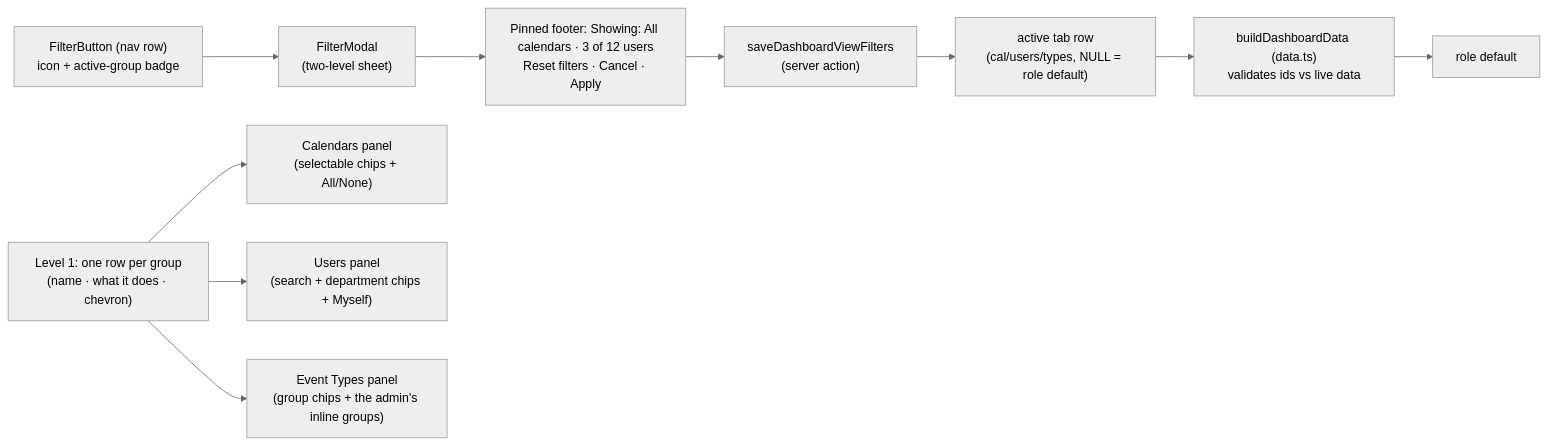
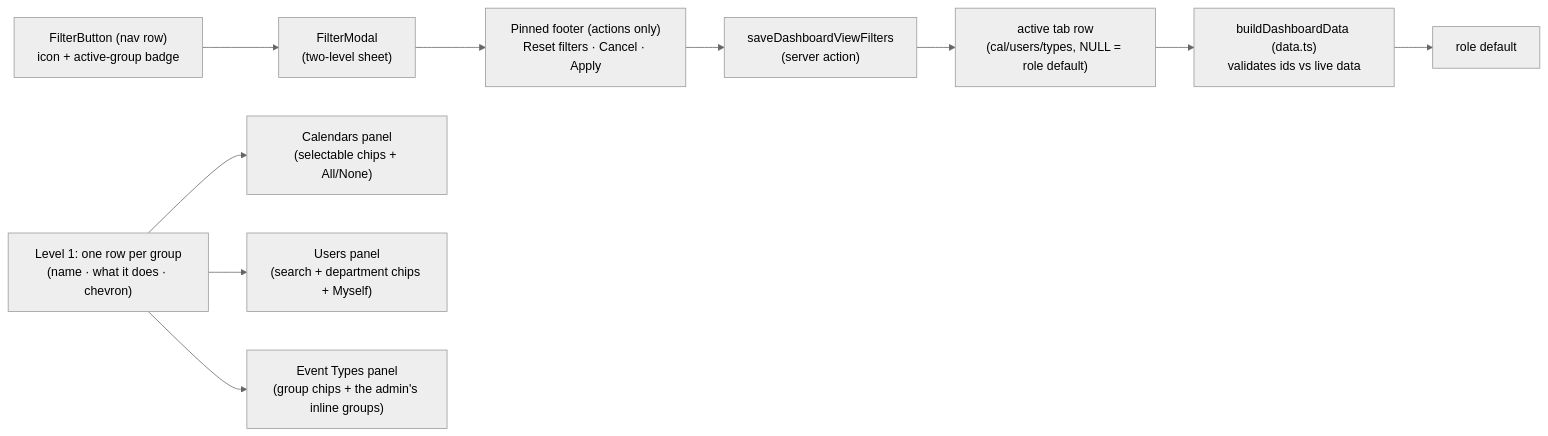
The second of 8 diagrams in docs/dashboard-views.md (oncloudnintynineone-source/cloudy2), drawn with Mermaid (neutral theme) before and after one commit. The commit also changed other lines of this file and 20 other files, not shown here.

First line of the commit message:
Filter dialog: level-1 only Event-name field, no row bar, no Showing line (1.444)

````diff
--- a/docs/dashboard-views.md
+++ b/docs/dashboard-views.md
@@ -797,13 +798,13 @@
 ```mermaid
 flowchart LR
  FB["FilterButton (nav row)<br/>icon + active-group badge"] --> FM["FilterModal<br/>(two-level sheet)"]
  ROWS["Level 1: one row per group<br/>(name · what it does · chevron)"]
 	ROWS --> CAL["Calendars panel<br/>(selectable chips + All/None)"]
  ROWS --> US["Users panel<br/>(search + department chips + Myself)"]
  ROWS --> ET["Event Types panel<br/>(group chips + the admin's inline groups)"]
- FM --> FOOT["Pinned footer: Showing: All calendars · 3 of 12 users<br/>Reset filters · Cancel · Apply"]
+ FM --> FOOT["Pinned footer (actions only)<br/>Reset filters · Cancel · Apply"]
  FOOT --> APPLY["saveDashboardViewFilters<br/>(server action)"]
  APPLY --> ROW["active tab row<br/>(cal/users/types, NULL = role default)"]
  ROW --> RESOLVE["buildDashboardData (data.ts)<br/>validates ids vs live data"]
  RESOLVE --> DEF["role default"]
 ```
````
